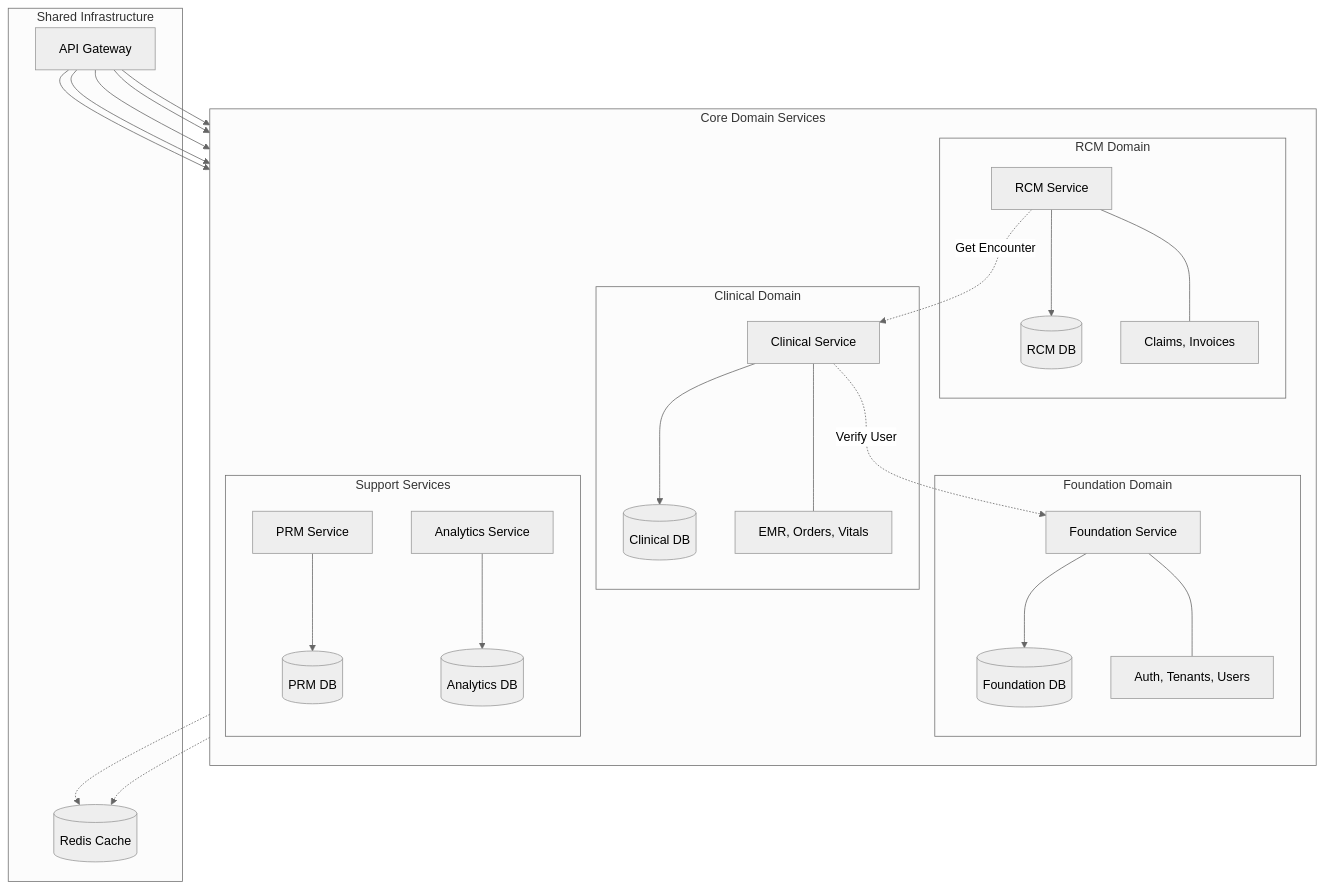
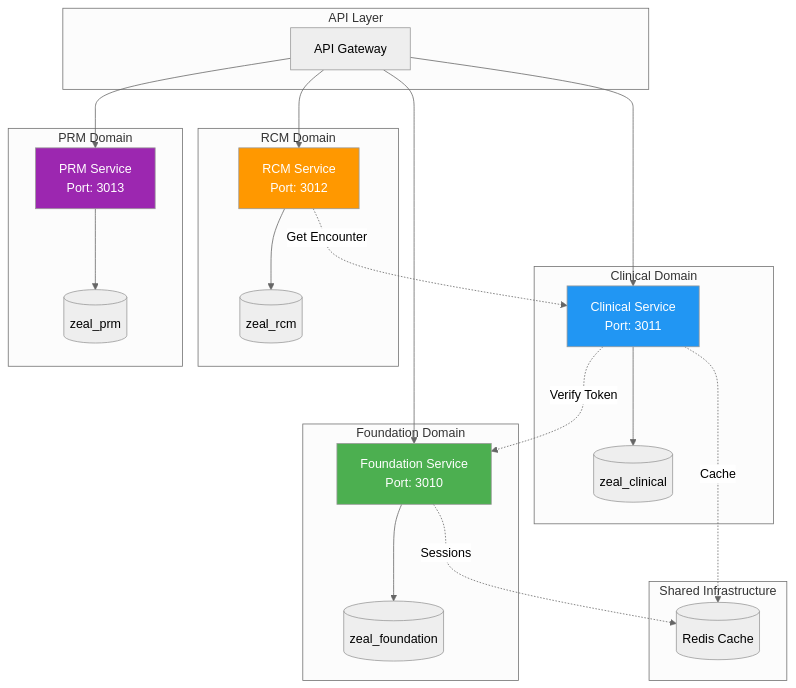
One commit to daivahealth/athma-ce changed the second of 14 diagrams in docs/architecture/TECHNICAL-ARCHITECTURE.md. Above: the diagram before and after it, drawn with Mermaid (neutral theme). The commit also changed other lines of this file, not shown here.

Commit message:
Technical Architecture Document changed

````diff
--- a/docs/architecture/TECHNICAL-ARCHITECTURE.md
+++ b/docs/architecture/TECHNICAL-ARCHITECTURE.md
@@ -96,58 +180,50 @@
 ```mermaid
 graph TB
-    subgraph "Core Domain Services"
-        direction TB
-        
-        subgraph "Foundation Domain"
-            FS[Foundation Service]
-            FDB[(Foundation DB)]
-            FS --> FDB
-            FS_API[Auth, Tenants, Users]
-            FS --- FS_API
-        end
+    subgraph "API Layer"
+        GW[API Gateway]
+    end
 
-        subgraph "Clinical Domain"
-            CS[Clinical Service]
-            CDB[(Clinical DB)]
-            CS --> CDB
-            CS_API[EMR, Orders, Vitals]
-            CS --- CS_API
-        end
+    subgraph "Foundation Domain"
+        FS[Foundation Service<br/>Port: 3010]
+        FDB[(zeal_foundation)]
+        FS --> FDB
+    end
 
-        subgraph "RCM Domain"
-            RS[RCM Service]
-            RDB[(RCM DB)]
-            RS --> RDB
-            RS_API[Claims, Invoices]
-            RS --- RS_API
-        end
-        
-        subgraph "Support Services"
-            PS[PRM Service]
-            PDB[(PRM DB)]
-            PS --> PDB
-            
-            AS[Analytics Service]
-            ADB[(Analytics DB)]
-            AS --> ADB
-        end
+    subgraph "Clinical Domain"
+        CS[Clinical Service<br/>Port: 3011]
+        CDB[(zeal_clinical)]
+        CS --> CDB
+    end
+
+    subgraph "RCM Domain"
+        RS[RCM Service<br/>Port: 3012]
+        RDB[(zeal_rcm)]
+        RS --> RDB
+    end
+
+    subgraph "PRM Domain"
+        PS[PRM Service<br/>Port: 3013]
+        PDB[(zeal_prm)]
+        PS --> PDB
     end
 
     subgraph "Shared Infrastructure"
         Redis[(Redis Cache)]
-        Gateway[API Gateway]
     end
 
-    Gateway --> FS
-    Gateway --> CS
-    Gateway --> RS
-    Gateway --> PS
-    Gateway --> AS
+    GW --> FS
+    GW --> CS
+    GW --> RS
+    GW --> PS
 
-    FS -.-> Redis
-    CS -.-> Redis
-    
-    %% Cross-service (Logical)
-    CS -.->|Verify User| FS
-    RS -.->|Get Encounter| CS
+    FS -.->|Sessions| Redis
+    CS -.->|Cache| Redis
+
+    CS -.->|"Verify Token"| FS
+    RS -.->|"Get Encounter"| CS
+
+    style FS fill:#4CAF50,color:#fff
+    style CS fill:#2196F3,color:#fff
+    style RS fill:#FF9800,color:#fff
+    style PS fill:#9C27B0,color:#fff
 ```
````
